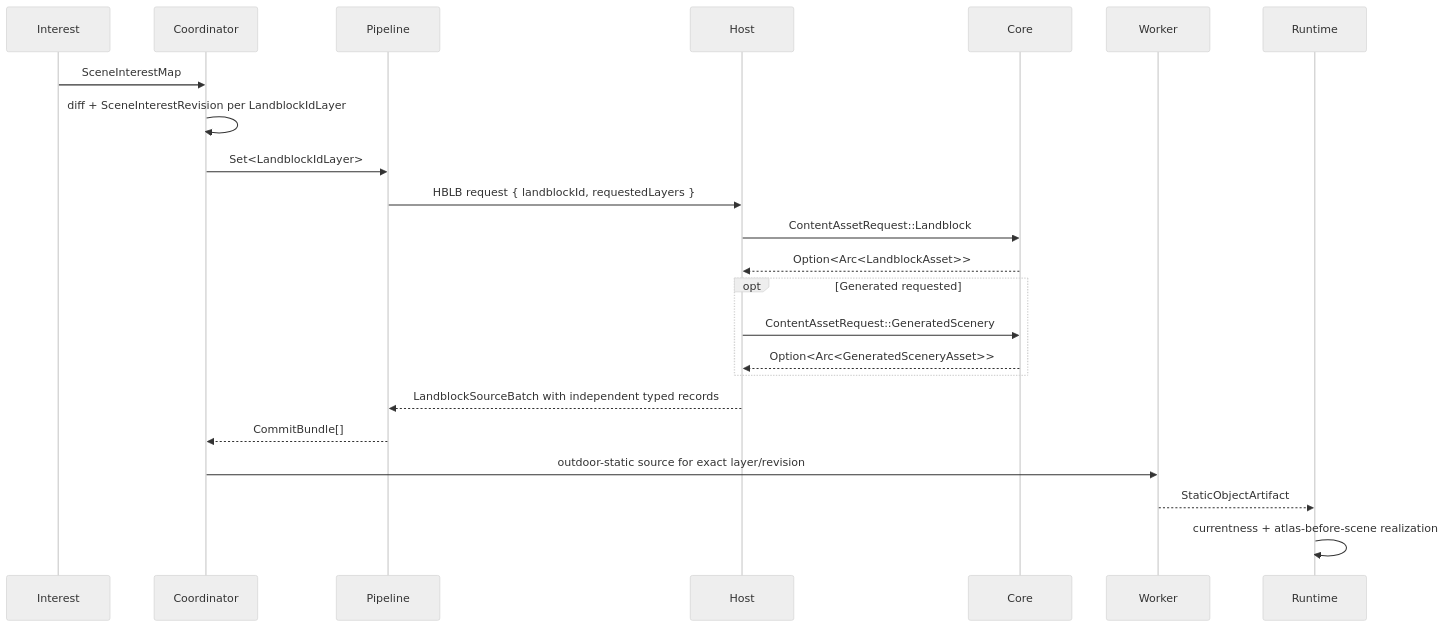
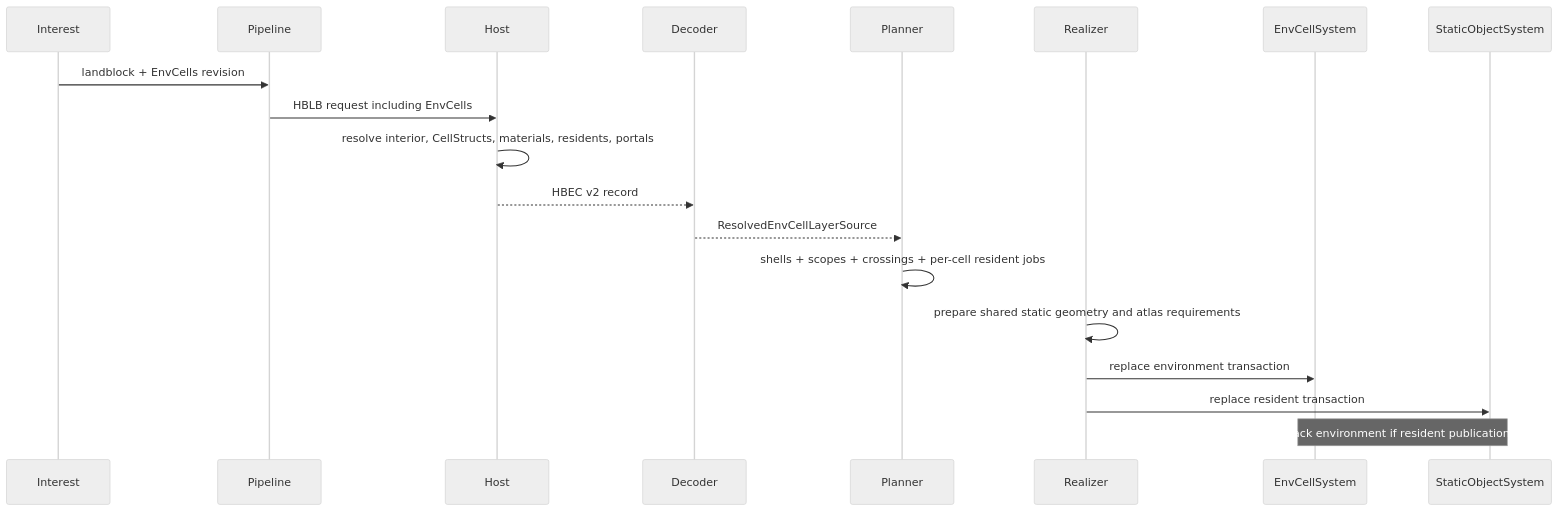
Before and after one commit to merklejerk/holtburger: the second of 2 diagrams in apps/holtburger-3d/ARCHITECTURE_AUDIT.md, drawn with Mermaid (neutral theme). The commit also changed other lines of this file and 123 other files, not shown here.

Commit message:
env-cell e2e

````diff
--- a/apps/holtburger-3d/ARCHITECTURE_AUDIT.md
+++ b/apps/holtburger-3d/ARCHITECTURE_AUDIT.md
@@ -60,26 +72,22 @@
 ```mermaid
 sequenceDiagram
     participant Interest
-    participant Coordinator
     participant Pipeline
     participant Host
-    participant Core
-    participant Worker
-    participant Runtime
+    participant Decoder
+    participant Planner
+    participant Realizer
+    participant Env as EnvCellSystem
+    participant Static as StaticObjectSystem
 
-    Interest->>Coordinator: SceneInterestMap
-    Coordinator->>Coordinator: diff + SceneInterestRevision per LandblockIdLayer
-    Coordinator->>Pipeline: Set<LandblockIdLayer>
-    Pipeline->>Host: HBLB request { landblockId, requestedLayers }
-    Host->>Core: ContentAssetRequest::Landblock
-    Core-->>Host: Option<Arc<LandblockAsset>>
-    opt Generated requested
-        Host->>Core: ContentAssetRequest::GeneratedScenery
-        Core-->>Host: Option<Arc<GeneratedSceneryAsset>>
-    end
-    Host-->>Pipeline: LandblockSourceBatch with independent typed records
-    Pipeline-->>Coordinator: CommitBundle[]
-    Coordinator->>Worker: outdoor-static source for exact layer/revision
-    Worker-->>Runtime: StaticObjectArtifact
-    Runtime->>Runtime: currentness + atlas-before-scene realization
+    Interest->>Pipeline: landblock + EnvCells revision
+    Pipeline->>Host: HBLB request including EnvCells
+    Host->>Host: resolve interior, CellStructs, materials, residents, portals
+    Host-->>Decoder: HBEC v2 record
+    Decoder-->>Planner: ResolvedEnvCellLayerSource
+    Planner->>Planner: shells + scopes + crossings + per-cell resident jobs
+    Realizer->>Realizer: prepare shared static geometry and atlas requirements
+    Realizer->>Env: replace environment transaction
+    Realizer->>Static: replace resident transaction
+    Note over Env,Static: rollback environment if resident publication fails
 ```
````
